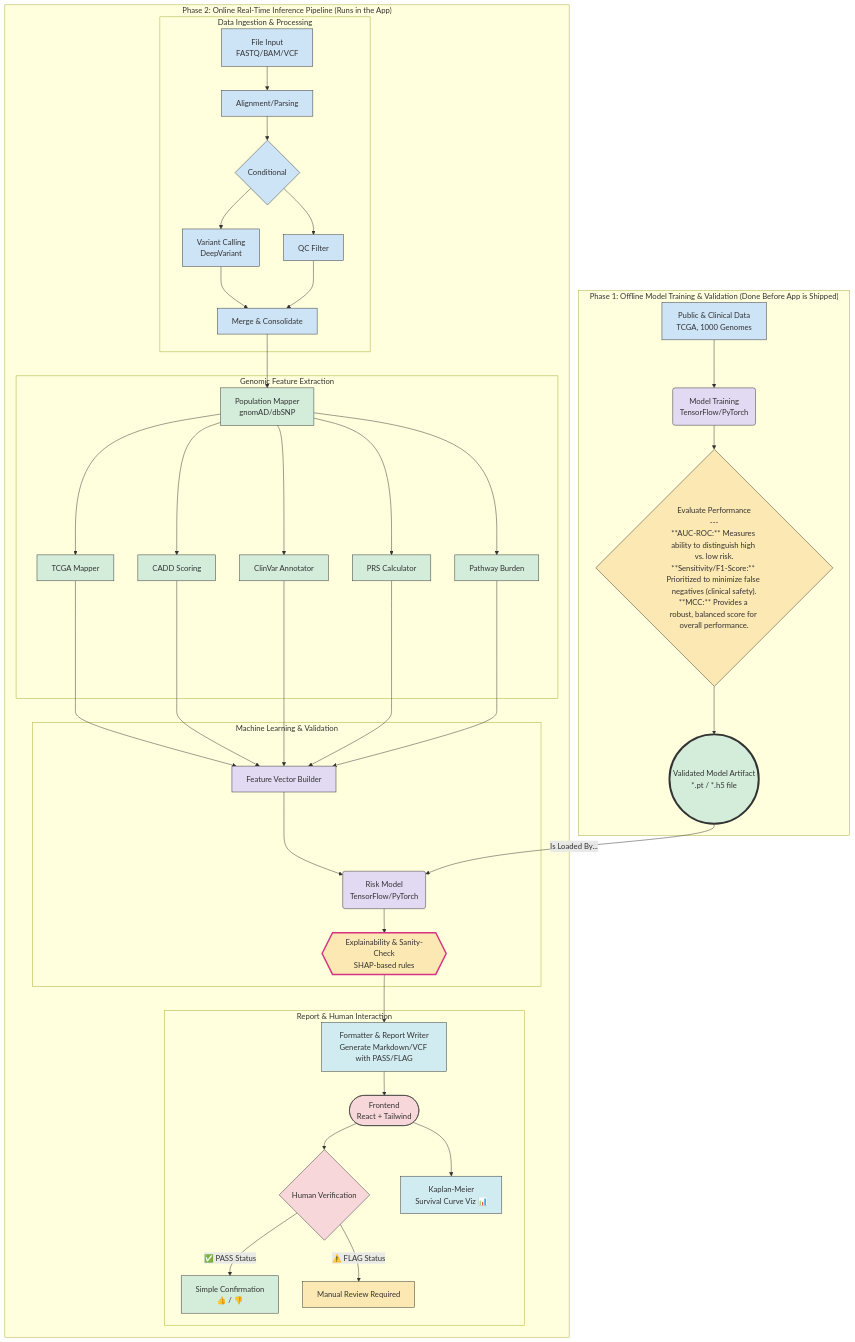
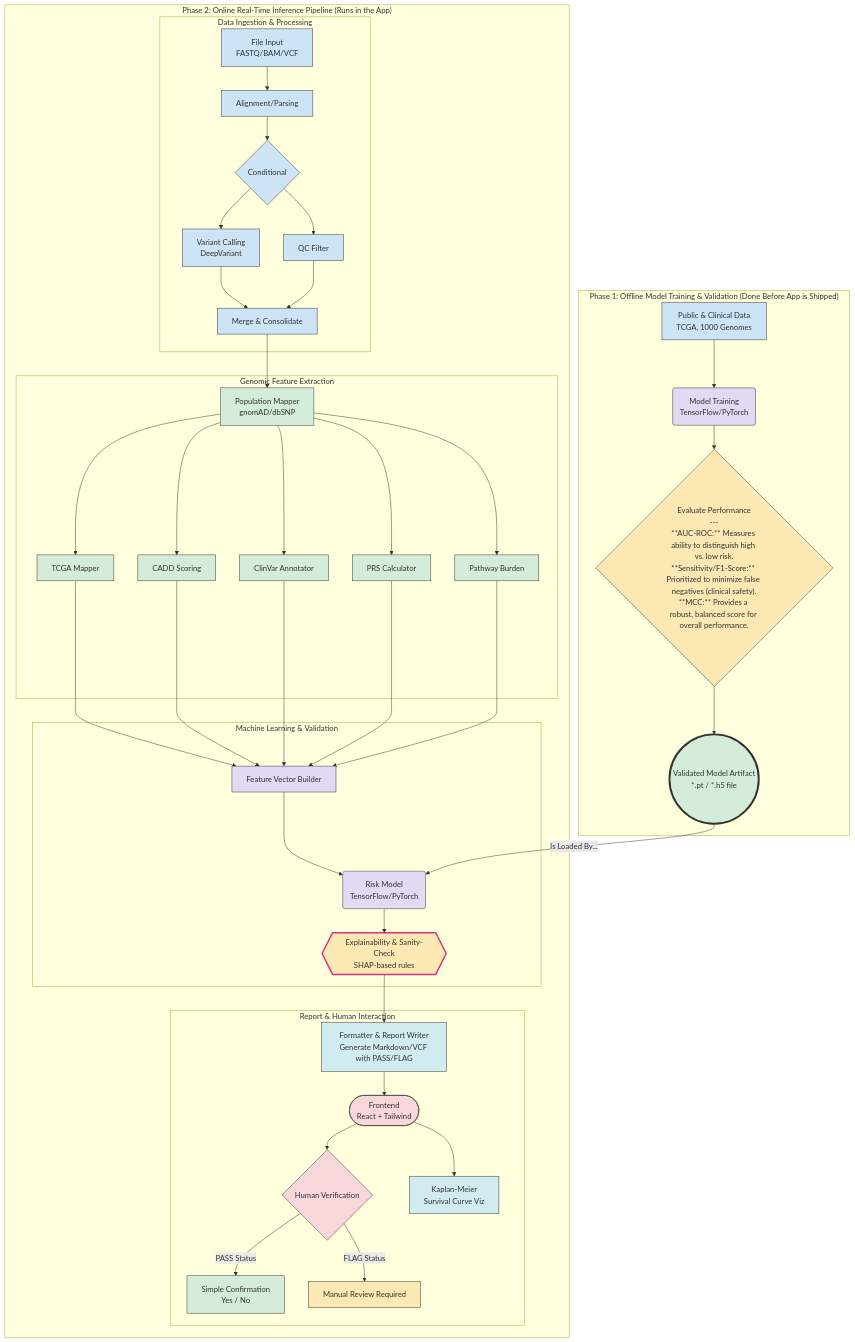
One commit to astrogirlnim/GeneKnow changed the diagram in documentation/Whitepaper/Whitepaper_Draft.md. Above: the diagram before and after it, drawn with Mermaid. The commit also changed other lines of this file and 1 other file, not shown here.

```diff
--- a/documentation/Whitepaper/Whitepaper_Draft.md
+++ b/documentation/Whitepaper/Whitepaper_Draft.md
@@ -316,8 +316,8 @@
         T_Format["Formatter & Report Writer<br>Generate Markdown/VCF with PASS/FLAG"]
         U_Front(["Frontend<br>React + Tailwind"])
         V_Verify{"Human Verification"}
-        W_KM_Viz["Kaplan-Meier<br>Survival Curve Viz 📊"]
-        V_Confirm["Simple Confirmation<br>👍 / 👎"]
+        W_KM_Viz["Kaplan-Meier<br>Survival Curve Viz"]
+        V_Confirm["Simple Confirmation<br>Yes / No"]
         V_Review["Manual Review Required"]
   end
  subgraph subGraph5["Phase 2: Online Real-Time Inference Pipeline (Runs in the App)"]
@@ -347,8 +347,8 @@
     S_Sanity --> T_Format
     T_Format --> U_Front
     U_Front --> V_Verify & W_KM_Viz
-    V_Verify -- ✅ PASS Status --> V_Confirm
-    V_Verify -- ⚠️ FLAG Status --> V_Review
+    V_Verify -- PASS Status --> V_Confirm
+    V_Verify -- FLAG Status --> V_Review
     style A_Data fill:#cde4f7,stroke:#333
     style B_Train fill:#e2d9f3,stroke:#333
     style C_Eval fill:#fce8b2,stroke:#333
```
